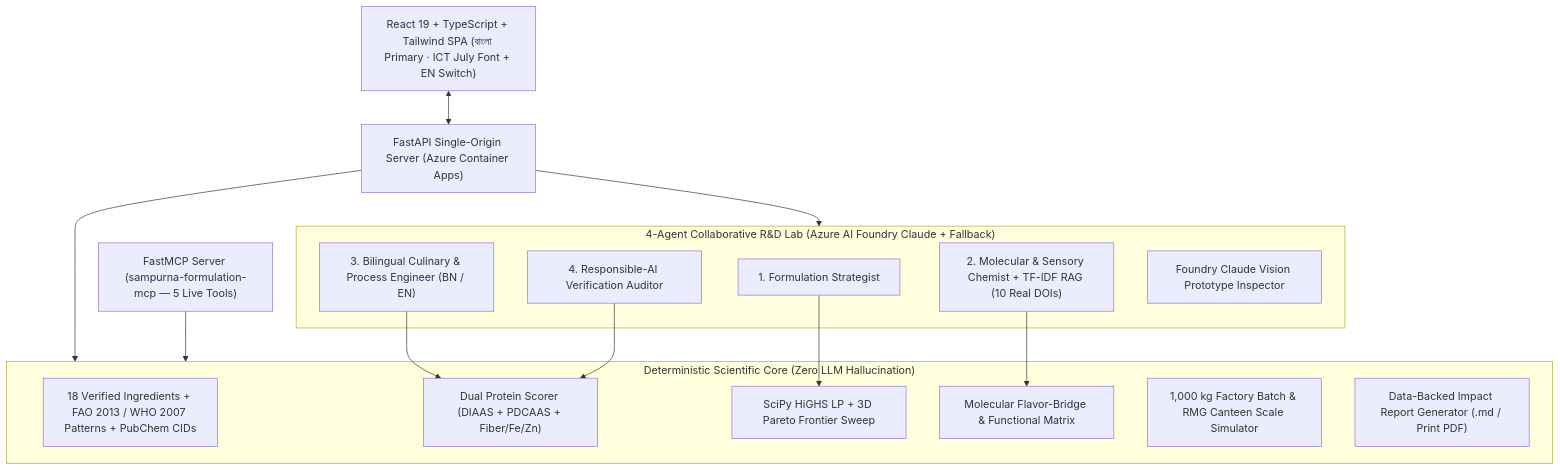
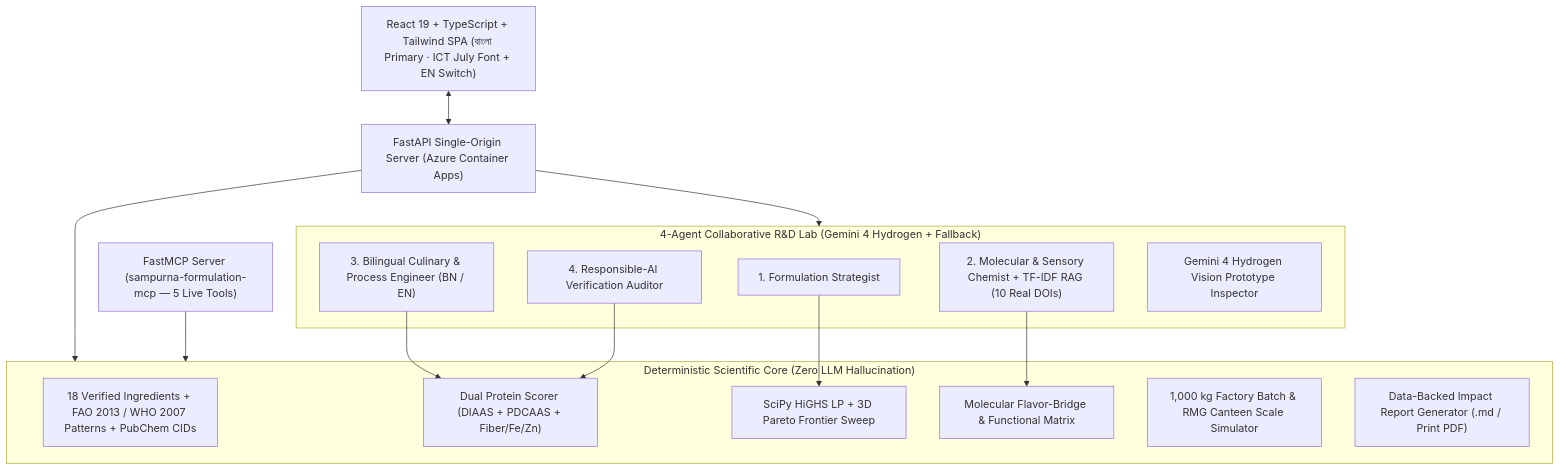
Before and after one commit to happinessisreal/sampurna-ai: the diagram in README.md, drawn with Mermaid. The commit also changed other lines of this file and 11 other files, not shown here.

Commit message:
Add Gemini 4 Hydrogen adapter with low-thinking cost controls and response caching

````diff
--- a/README.md
+++ b/README.md
@@ -34,32 +34,32 @@
 ```mermaid
 flowchart TD
     UI["React 19 + TypeScript + Tailwind SPA (বাংলা Primary · ICT July Font + EN Switch)"]
     API["FastAPI Single-Origin Server (Azure Container Apps)"]
     MCP["FastMCP Server (sampurna-formulation-mcp — 5 Live Tools)"]
 
     subgraph Core["Deterministic Scientific Core (Zero LLM Hallucination)"]
         DATA["18 Verified Ingredients + FAO 2013 / WHO 2007 Patterns + PubChem CIDs"]
         SCORE["Dual Protein Scorer (DIAAS + PDCAAS + Fiber/Fe/Zn)"]
         OPT["SciPy HiGHS LP + 3D Pareto Frontier Sweep"]
         CHEM["Molecular Flavor-Bridge & Functional Matrix"]
         ECON["1,000 kg Factory Batch & RMG Canteen Scale Simulator"]
         REP["Data-Backed Impact Report Generator (.md / Print PDF)"]
     end
 
-    subgraph Agents["4-Agent Collaborative R&D Lab (Azure AI Foundry Claude + Fallback)"]
+    subgraph Agents["4-Agent Collaborative R&D Lab (Gemini 4 Hydrogen + Fallback)"]
         A1["1. Formulation Strategist"]
         A2["2. Molecular & Sensory Chemist + TF-IDF RAG (10 Real DOIs)"]
         A3["3. Bilingual Culinary & Process Engineer (BN / EN)"]
         A4["4. Responsible-AI Verification Auditor"]
-        VIS["Foundry Claude Vision Prototype Inspector"]
+        VIS["Gemini 4 Hydrogen Vision Prototype Inspector"]
     end
 
     UI <--> API
     API --> Core
     API --> Agents
     MCP --> Core
     A1 --> OPT
     A2 --> CHEM
     A3 --> SCORE
     A4 --> SCORE
 ```
````
